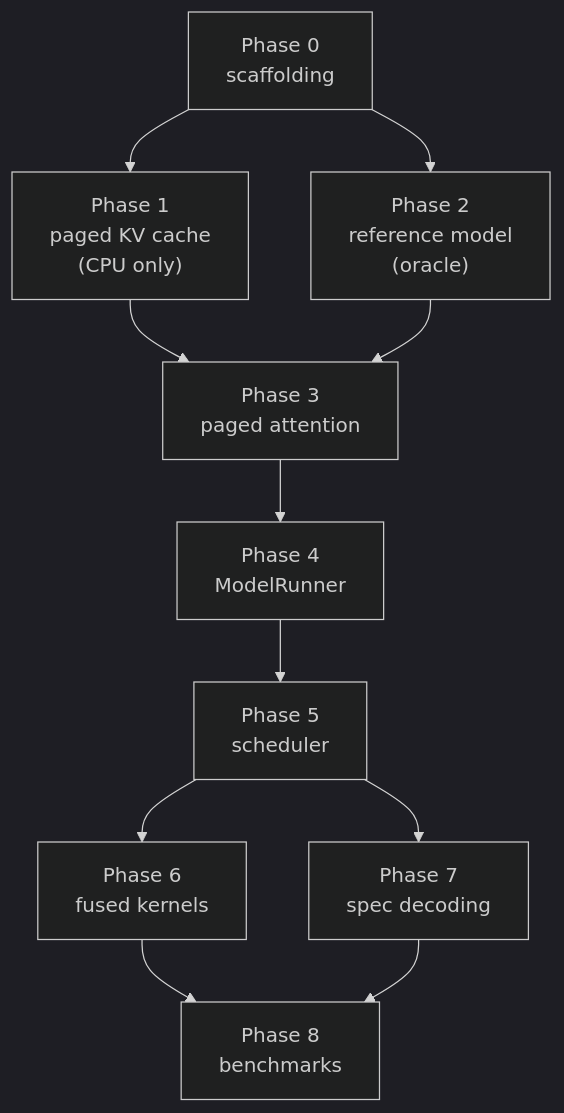
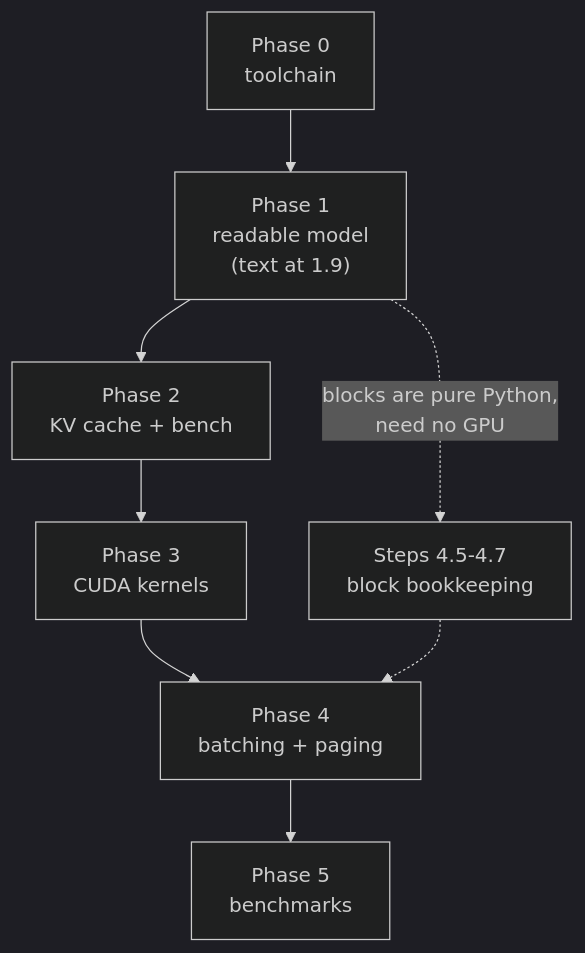
The second of 2 diagrams in PLAN.md (RichardHuang2006/Mini-vLLM), drawn with Mermaid (dark theme) before and after one commit. The commit also changed other lines of this file and 14 other files, not shown here.

````diff
--- a/PLAN.md
+++ b/PLAN.md
@@ -856,13 +1030,10 @@
 ```mermaid
 flowchart TD
-    P0["Phase 0<br/>scaffolding"] --> P1["Phase 1<br/>paged KV cache<br/>(CPU only)"]
-    P0 --> P2["Phase 2<br/>reference model<br/>(oracle)"]
-    P1 --> P3["Phase 3<br/>paged attention"]
-    P2 --> P3
-    P3 --> P4["Phase 4<br/>ModelRunner"]
-    P4 --> P5["Phase 5<br/>scheduler"]
-    P5 --> P6["Phase 6<br/>fused kernels"]
-    P5 --> P7["Phase 7<br/>spec decoding"]
-    P6 --> P8["Phase 8<br/>benchmarks"]
-    P7 --> P8
+    P0["Phase 0<br/>toolchain"] --> P1["Phase 1<br/>readable model<br/>(text at 1.9)"]
+    P1 --> P2["Phase 2<br/>KV cache + bench"]
+    P2 --> P3["Phase 3<br/>CUDA kernels"]
+    P3 --> P4["Phase 4<br/>batching + paging"]
+    P4 --> P5["Phase 5<br/>benchmarks"]
+    P1 -.->|"blocks are pure Python,<br/>need no GPU"| B["Steps 4.5-4.7<br/>block bookkeeping"]
+    B -.-> P4
 ```
````
